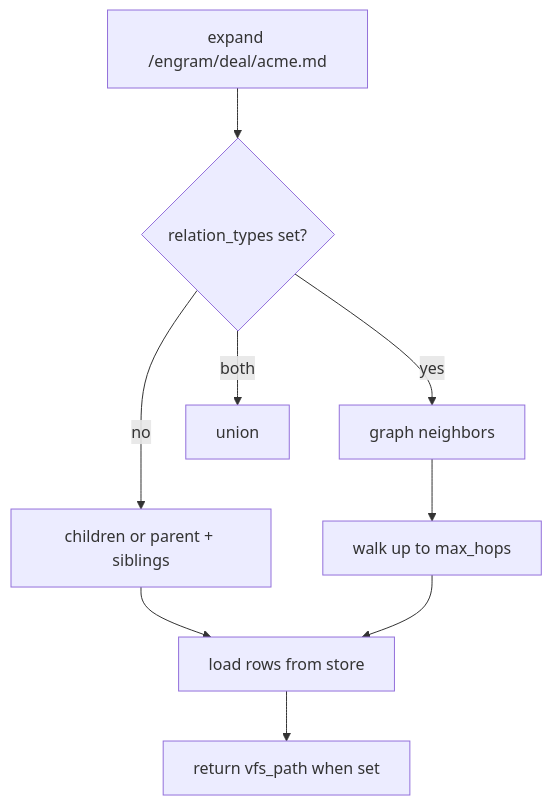
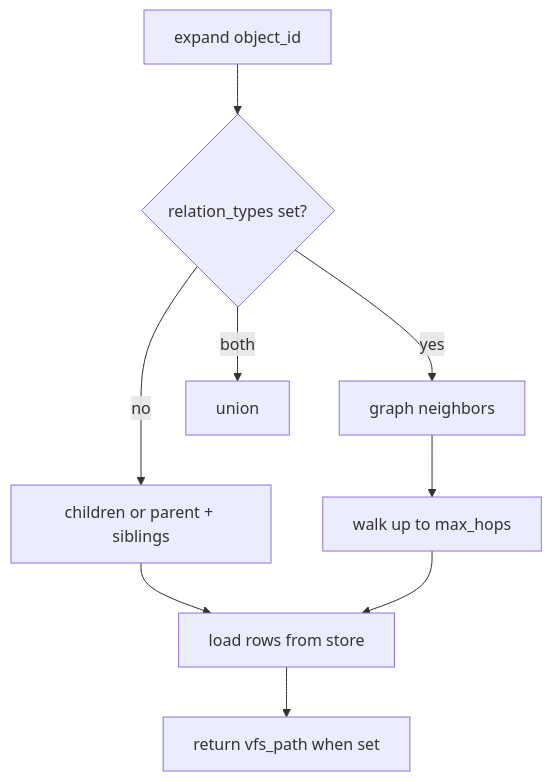
One commit to FarhanKhondakar/tacklr changed the eighth of 8 diagrams in docs/knowledge.md. Above: the diagram before and after it, drawn with Mermaid. The commit also changed other lines of this file and 103 other files, not shown here.

````diff
--- a/docs/knowledge.md
+++ b/docs/knowledge.md
@@ -587,12 +582,12 @@
 ```mermaid
 flowchart TD
-    Seed["expand /engram/deal/acme.md"]
+    Seed["expand object_id"]
     Seed --> Rel{relation_types set?}
     Rel -->|no| Cont[children or parent + siblings]
     Rel -->|yes| G[graph neighbors]
     Rel -->|both| Mix[union]
     Cont --> Hyd[load rows from store]
     G --> Walk[walk up to max_hops]
     Walk --> Hyd
     Hyd --> Paths[return vfs_path when set]
 ```
````
